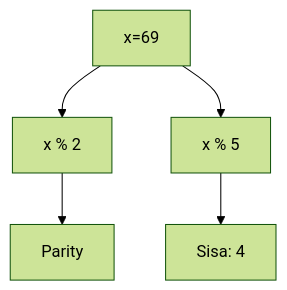
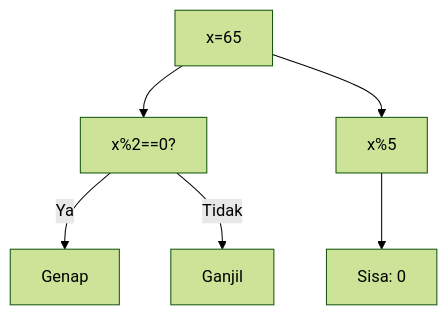
Before and after one commit to amnahwaida/OSNK_INF_PREP: the first of 25 diagrams in part-c-pemahaman-cpp/06-bitwise/latihan/set-07.md, drawn with Mermaid (forest theme). The commit also changed other lines of this file and 71 other files, not shown here.

Commit message:
Fixed Mermaid syntax lexical errors with quoted labels in 1,800 questions

````diff
--- a/part-c-pemahaman-cpp/06-bitwise/latihan/set-07.md
+++ b/part-c-pemahaman-cpp/06-bitwise/latihan/set-07.md
@@ -23,7 +23,8 @@
 ```mermaid
 graph TD
-A[x=69] --> B[x % 2]
-B --> C[Parity]
-A --> D[x % 5]
-D --> E[Sisa: 4]
+A["x=65"] --> B["x%2==0?"]
+B -- Ya --> C["Genap"]
+B -- Tidak --> D["Ganjil"]
+A --> E["x%5"]
+E --> F["Sisa: 0"]
 ```
````
